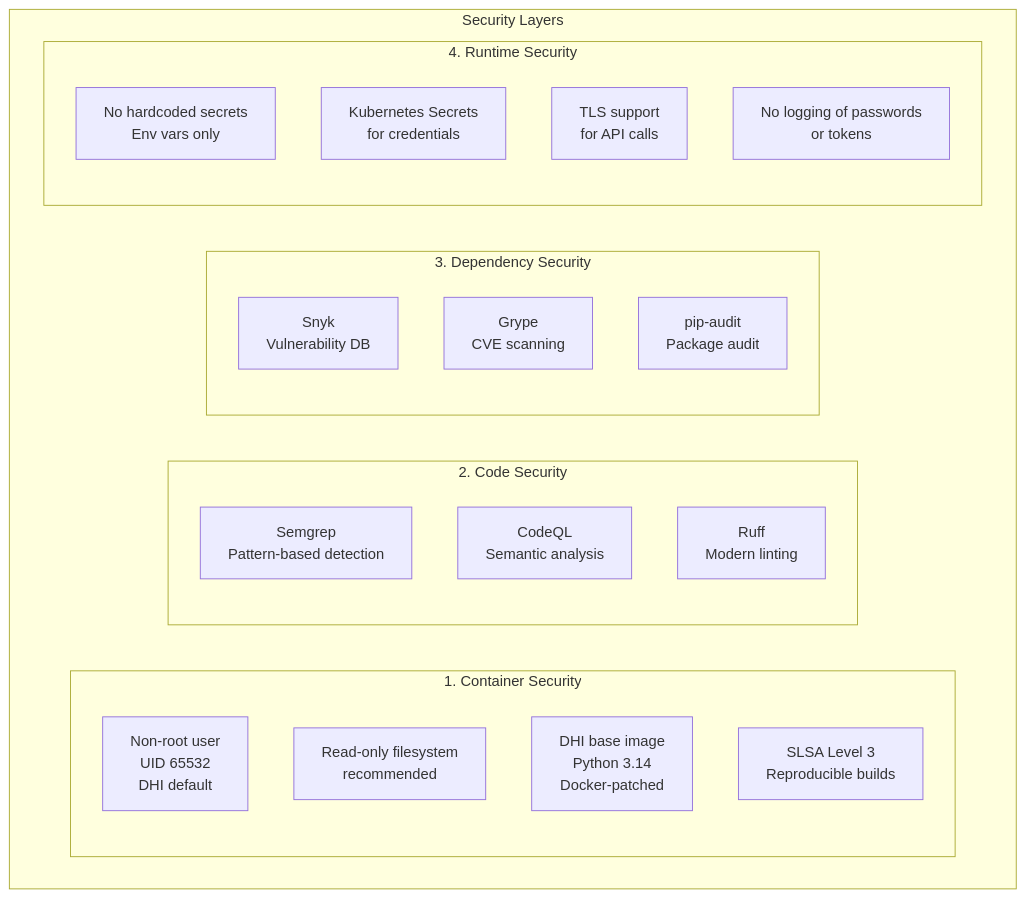
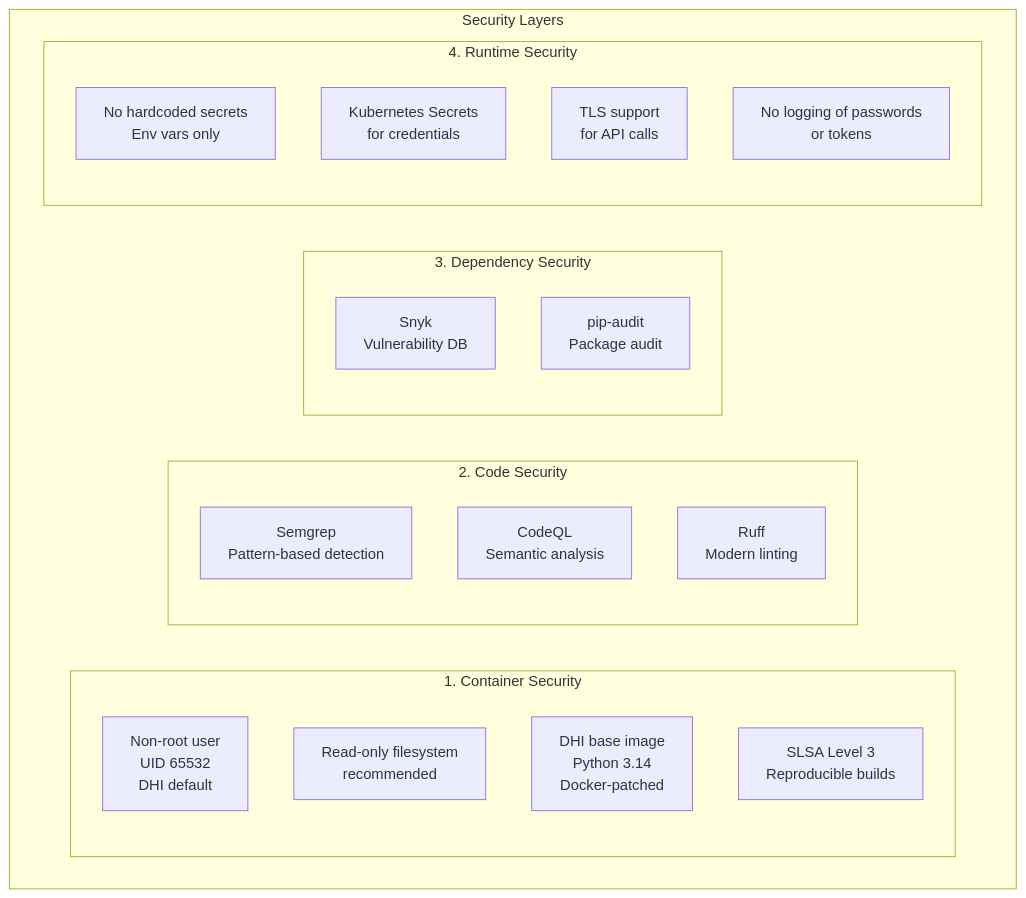
Before and after one commit to djr747/external-dns-technitium-webhook: the tenth of 10 diagrams in docs/architecture/ARCHITECTURE.md, drawn with Mermaid. The commit also changed other lines of this file and 4 other files, not shown here.

````diff
--- a/docs/architecture/ARCHITECTURE.md
+++ b/docs/architecture/ARCHITECTURE.md
@@ -376,31 +376,30 @@
 ```mermaid
 graph TB
     subgraph SecurityLayers["Security Layers"]
         subgraph Container["1. Container Security"]
             NonRoot["Non-root user<br/>UID 65532<br/>DHI default"]
             ReadOnly["Read-only filesystem<br/>recommended"]
             Minimal["DHI base image<br/>Python 3.14<br/>Docker-patched"]
             SLSA["SLSA Level 3<br/>Reproducible builds"]
         end
         
         subgraph CodeSec["2. Code Security"]
             Semgrep["Semgrep<br/>Pattern-based detection"]
             CodeQL["CodeQL<br/>Semantic analysis"]
             Ruff["Ruff<br/>Modern linting"]
         end
         
         subgraph DepSec["3. Dependency Security"]
             Snyk["Snyk<br/>Container scanning"]
-            Grype["Grype<br/>CVE scanning"]
             PipAudit["pip-audit<br/>Package audit"]
             Snyk["Snyk<br/>Vulnerability DB"]
         end
         
         subgraph Runtime["4. Runtime Security"]
             Secrets["No hardcoded secrets<br/>Env vars only"]
             K8sSecrets["Kubernetes Secrets<br/>for credentials"]
             TLS["TLS support<br/>for API calls"]
             NoLog["No logging of passwords<br/>or tokens"]
         end
     end
 ```
````
